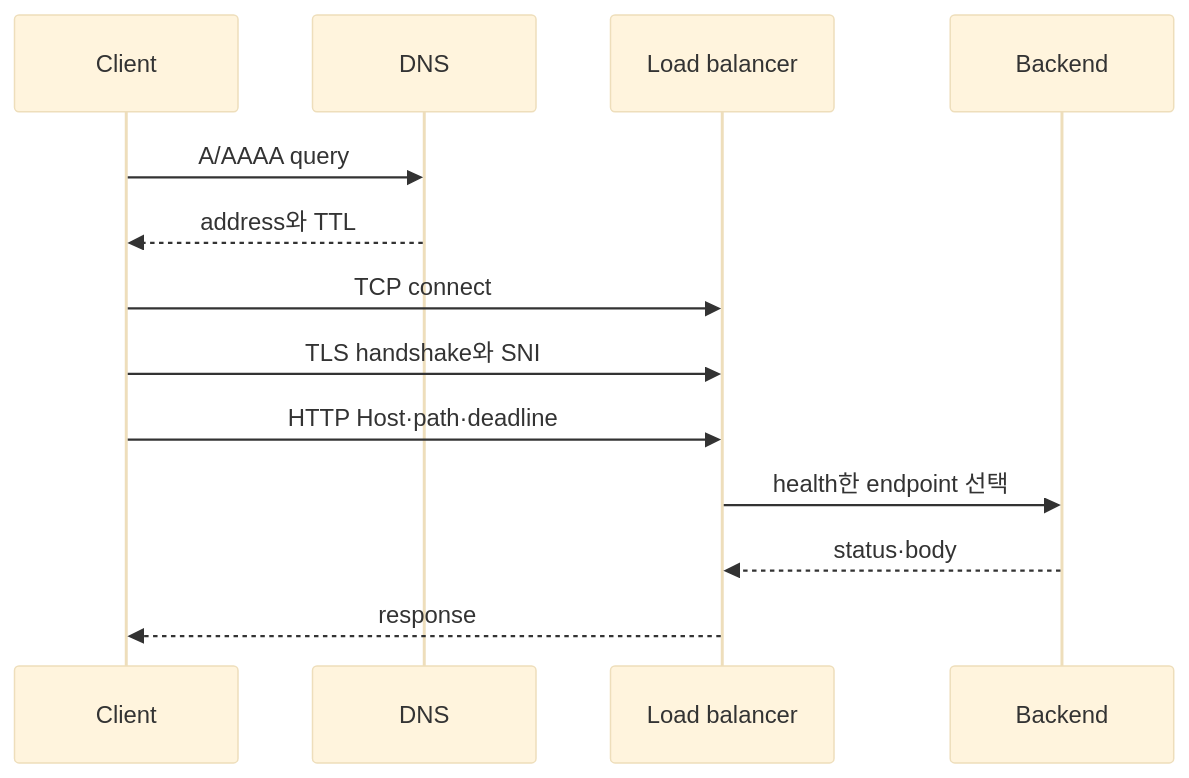
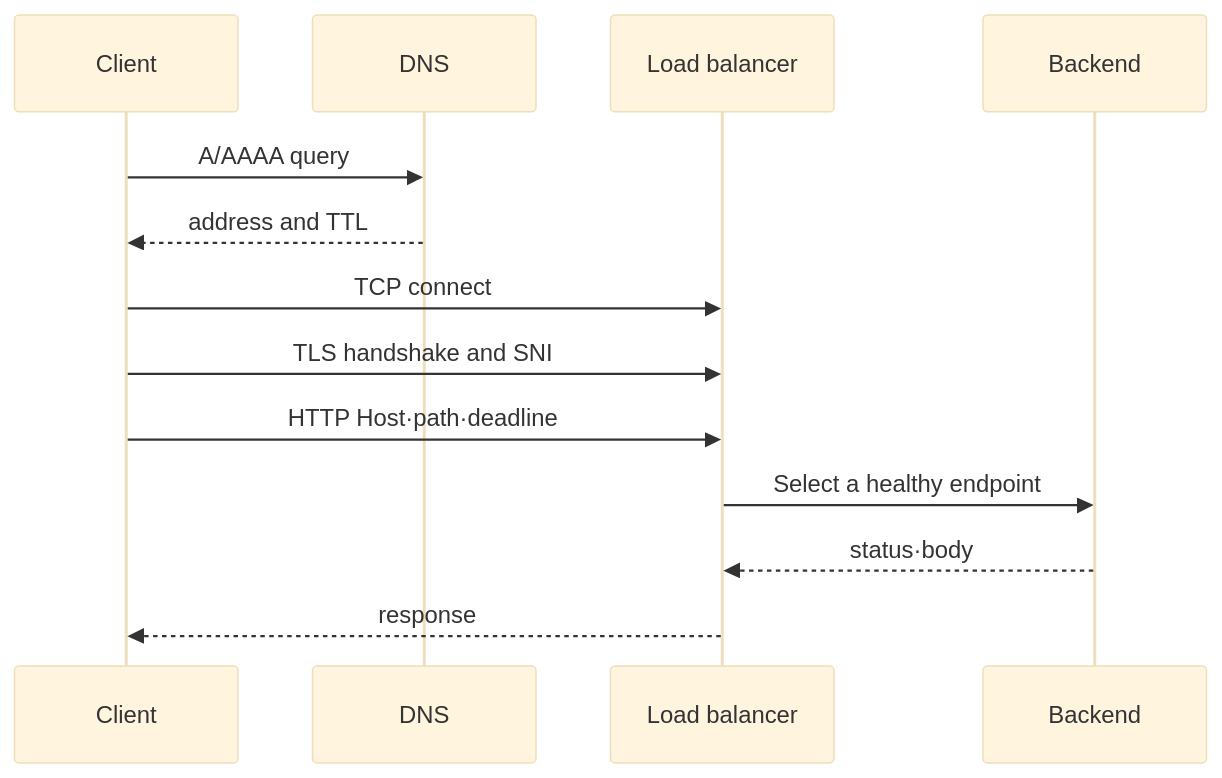
One commit to nohdol97/nohdol-study changed the diagram in docs-site/content/networking/01-request-path-model.md. Above: the diagram before and after it, drawn with Mermaid (base theme). The commit also changed other lines of this file and 116 other files, not shown here.

````diff
--- a/docs-site/content/networking/01-request-path-model.md
+++ b/docs-site/content/networking/01-request-path-model.md
@@ -55,15 +55,15 @@
 ```mermaid
 sequenceDiagram
     participant C as Client
     participant D as DNS
     participant L as Load balancer
     participant B as Backend
     C->>D: A/AAAA query
-    D-->>C: address와 TTL
+    D-->>C: address and TTL
     C->>L: TCP connect
-    C->>L: TLS handshake와 SNI
+    C->>L: TLS handshake and SNI
     C->>L: HTTP Host·path·deadline
-    L->>B: health한 endpoint 선택
+    L->>B: Select a healthy endpoint
     B-->>L: status·body
     L-->>C: response
 ```
````
